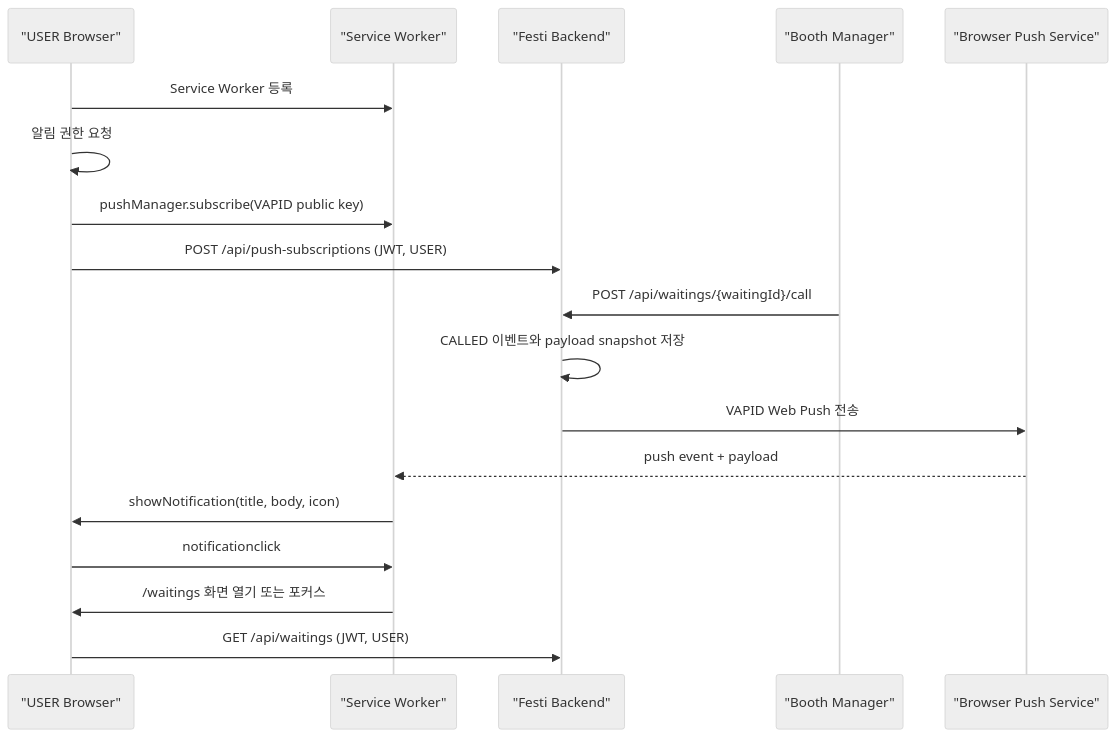
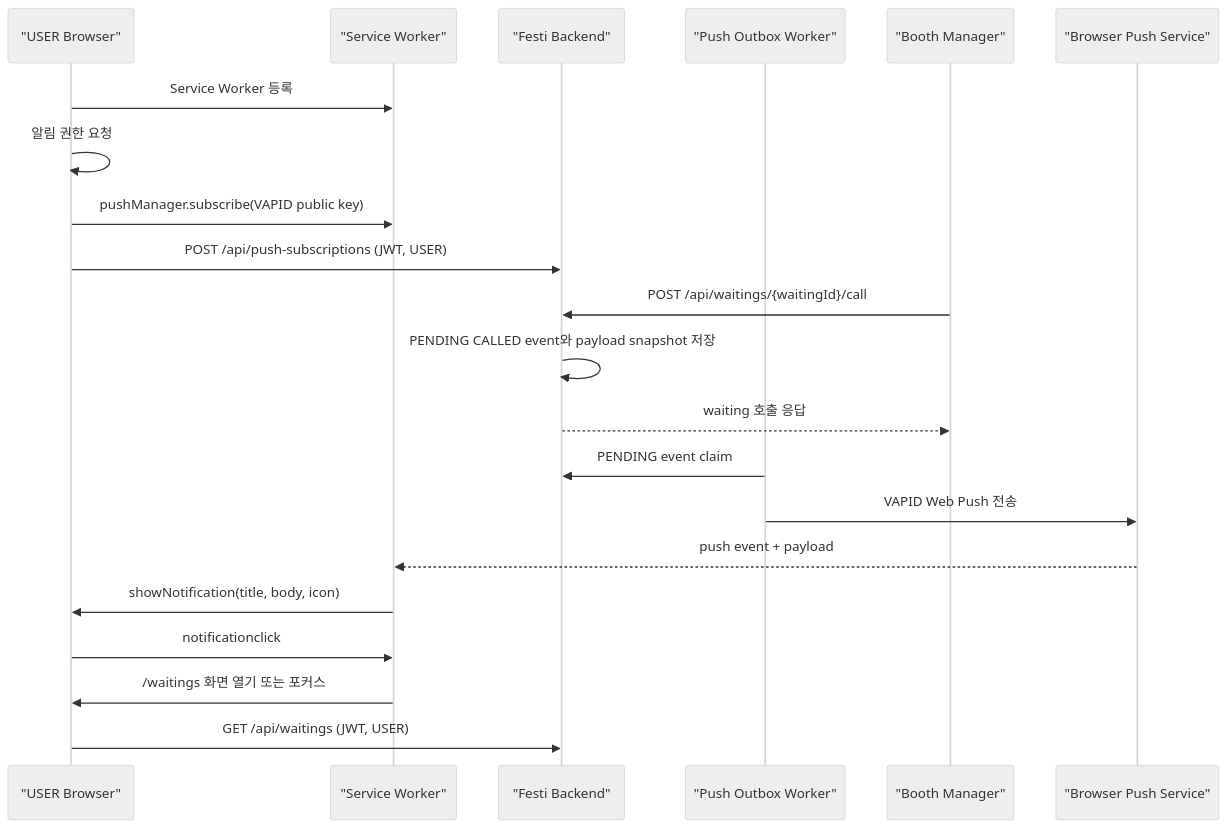
Before and after one commit to Festi-app/Festi-backend: the diagram in docs/FRONTEND_PUSH_NOTIFICATION_GUIDE.md, drawn with Mermaid (neutral theme). The commit also changed other lines of this file and 25 other files, not shown here.

````diff
--- a/docs/FRONTEND_PUSH_NOTIFICATION_GUIDE.md
+++ b/docs/FRONTEND_PUSH_NOTIFICATION_GUIDE.md
@@ -32,21 +32,24 @@
 ```mermaid
 sequenceDiagram
     participant User as "USER Browser"
     participant SW as "Service Worker"
     participant API as "Festi Backend"
+    participant Worker as "Push Outbox Worker"
     participant Manager as "Booth Manager"
     participant Push as "Browser Push Service"
 
     User->>SW: Service Worker 등록
     User->>User: 알림 권한 요청
     User->>SW: pushManager.subscribe(VAPID public key)
     User->>API: POST /api/push-subscriptions (JWT, USER)
     Manager->>API: POST /api/waitings/{waitingId}/call
-    API->>API: CALLED 이벤트와 payload snapshot 저장
-    API->>Push: VAPID Web Push 전송
+    API->>API: PENDING CALLED event와 payload snapshot 저장
+    API-->>Manager: waiting 호출 응답
+    Worker->>API: PENDING event claim
+    Worker->>Push: VAPID Web Push 전송
     Push-->>SW: push event + payload
     SW->>User: showNotification(title, body, icon)
     User->>SW: notificationclick
     SW->>User: /waitings 화면 열기 또는 포커스
     User->>API: GET /api/waitings (JWT, USER)
 ```
````
